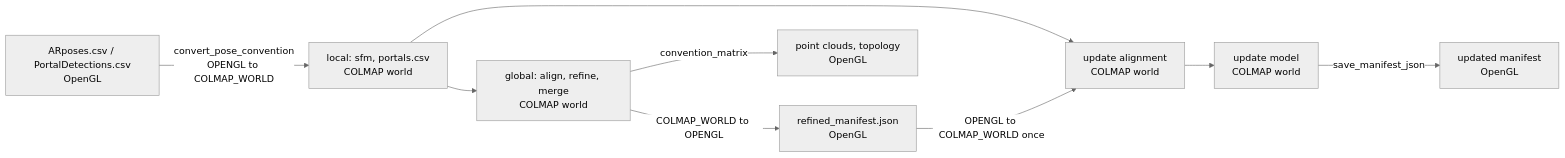
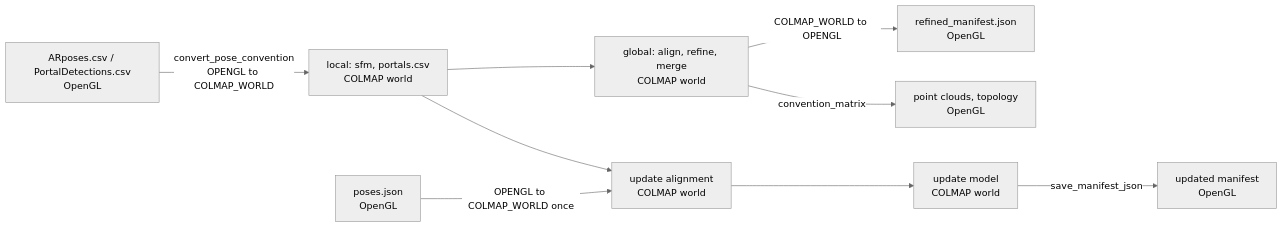
One commit to aukilabs/reconstruction-server changed the diagram in docs/coordinate-conventions.md. Above: the diagram before and after it, drawn with Mermaid (neutral theme). The commit also changed other lines of this file and 9 other files, not shown here.

First line of the commit message:
feat: align update refinement to the domain's poses.json

````diff
--- a/docs/coordinate-conventions.md
+++ b/docs/coordinate-conventions.md
@@ -106,11 +107,11 @@
 ```mermaid
 flowchart LR
   AR["ARposes.csv / PortalDetections.csv<br/>OpenGL"] -- "convert_pose_convention<br/>OPENGL to COLMAP_WORLD" --> L["local: sfm, portals.csv<br/>COLMAP world"]
   L --> G["global: align, refine, merge<br/>COLMAP world"]
   G -- "COLMAP_WORLD to OPENGL" --> M["refined_manifest.json<br/>OpenGL"]
   G -- "convention_matrix" --> P["point clouds, topology<br/>OpenGL"]
   L --> U["update alignment<br/>COLMAP world"]
-  M -- "OPENGL to COLMAP_WORLD once" --> U
+  D["poses.json<br/>OpenGL"] -- "OPENGL to COLMAP_WORLD once" --> U
   U --> UM["update model<br/>COLMAP world"]
   UM -- "save_manifest_json" --> MU["updated manifest<br/>OpenGL"]
 ```
````
